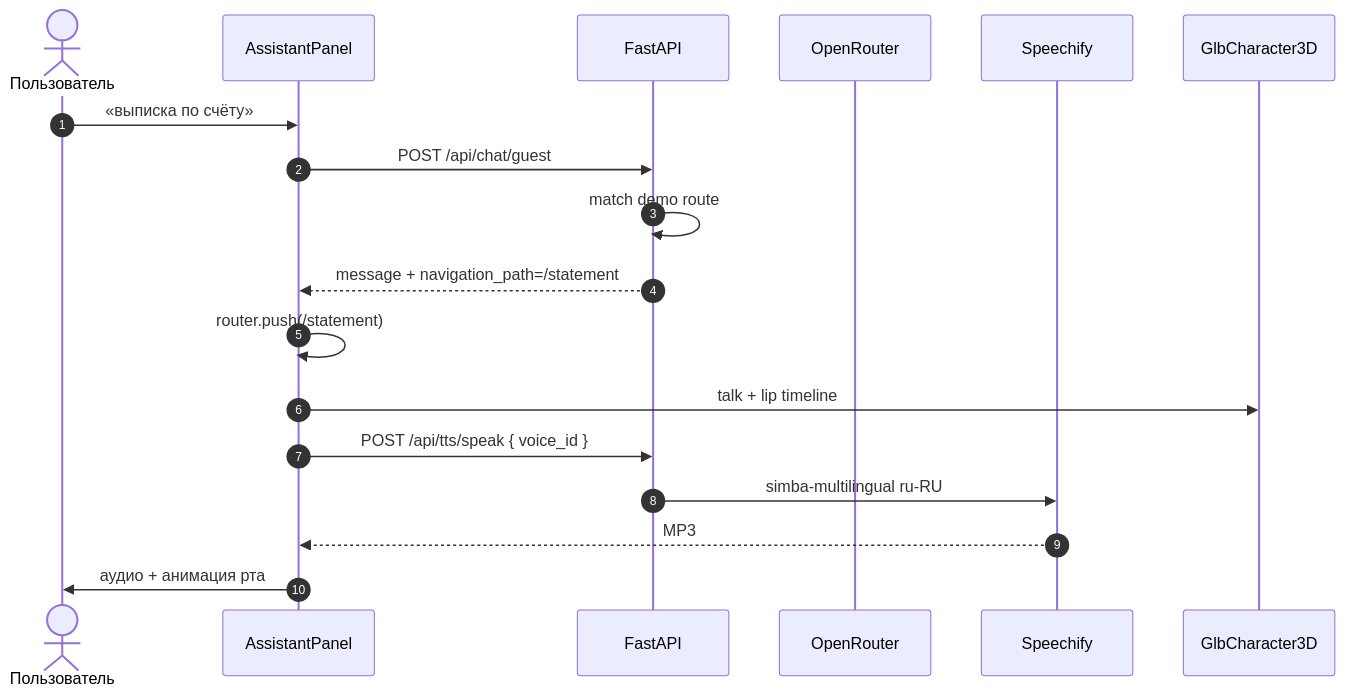
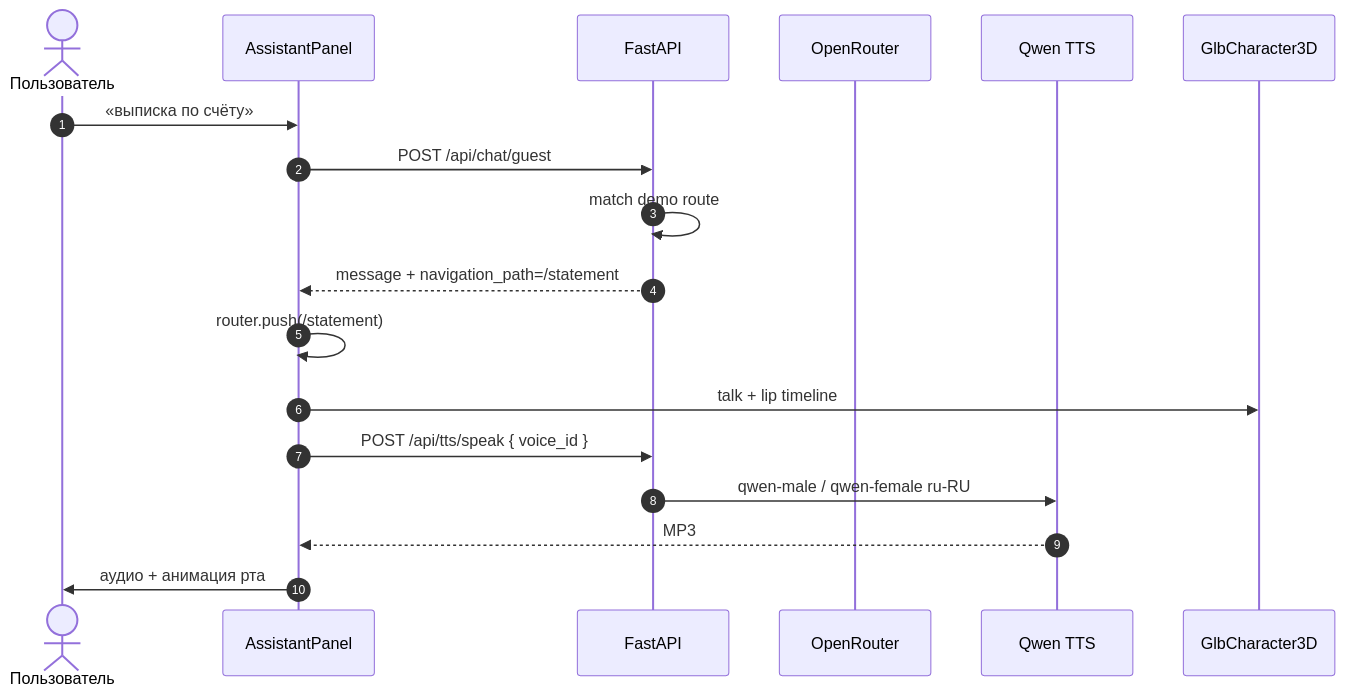
The sixth of 13 diagrams in docs/FEATURE_MAP.md (grrraaaa/mvp), drawn with Mermaid before and after one commit. The commit also changed other lines of this file and 56 other files, not shown here.

````diff
--- a/docs/FEATURE_MAP.md
+++ b/docs/FEATURE_MAP.md
@@ -251,21 +251,21 @@
 ```mermaid
 sequenceDiagram
     autonumber
     actor U as Пользователь
     participant UI as AssistantPanel
     participant API as FastAPI
     participant LLM as OpenRouter
-    participant TTS as Speechify
+    participant TTS as Qwen TTS
     participant GLB as GlbCharacter3D
 
     U->>UI: «выписка по счёту»
     UI->>API: POST /api/chat/guest
     API->>API: match demo route
     API-->>UI: message + navigation_path=/statement
     UI->>UI: router.push(/statement)
     UI->>GLB: talk + lip timeline
     UI->>API: POST /api/tts/speak { voice_id }
-    API->>TTS: simba-multilingual ru-RU
+    API->>TTS: qwen-male / qwen-female ru-RU
     TTS-->>UI: MP3
     UI->>U: аудио + анимация рта
 ```
````
